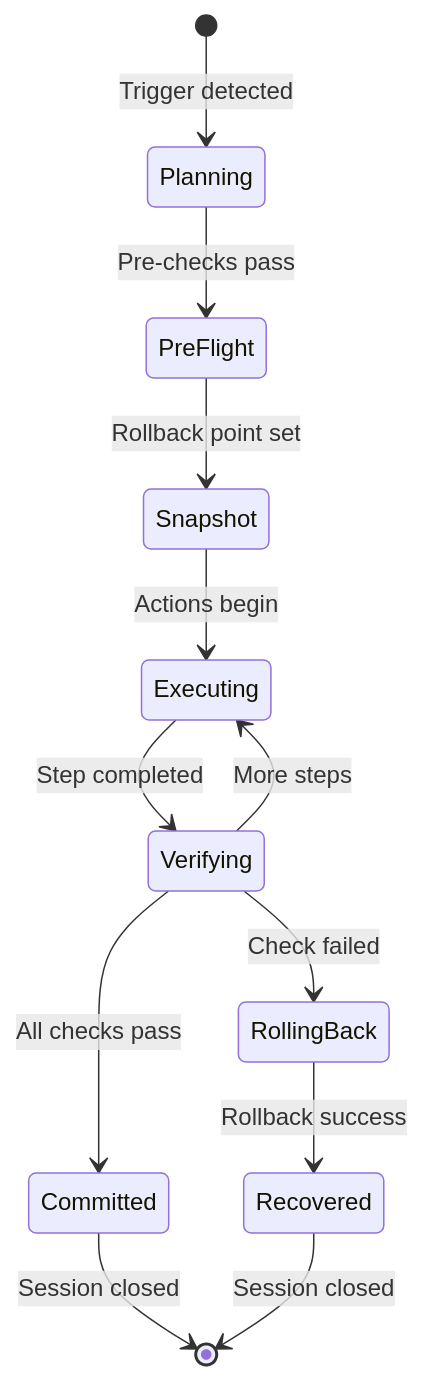
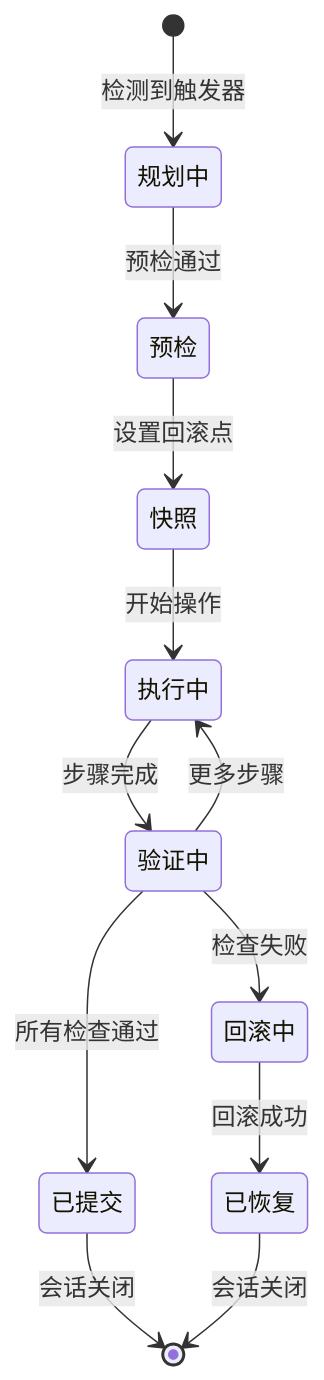
The second of 2 diagrams in i18n/zh/docusaurus-plugin-content-docs/current/15-context-management.md (stars-labs/self-healing-nixos-infra), drawn with Mermaid before and after one commit. The commit also changed other lines of this file, not shown here.

````diff
--- a/i18n/zh/docusaurus-plugin-content-docs/current/15-context-management.md
+++ b/i18n/zh/docusaurus-plugin-content-docs/current/15-context-management.md
@@ -287,14 +287,14 @@
 ```mermaid
 stateDiagram-v2
-    [*] --> Planning: Trigger detected
-    Planning --> PreFlight: Pre-checks pass
-    PreFlight --> Snapshot: Rollback point set
-    Snapshot --> Executing: Actions begin
-    Executing --> Verifying: Step completed
-    Verifying --> Executing: More steps
-    Verifying --> Committed: All checks pass
-    Verifying --> RollingBack: Check failed
-    RollingBack --> Recovered: Rollback success
-    Committed --> [*]: Session closed
-    Recovered --> [*]: Session closed
+    [*] --> 规划中: 检测到触发器
+    规划中 --> 预检: 预检通过
+    预检 --> 快照: 设置回滚点
+    快照 --> 执行中: 开始操作
+    执行中 --> 验证中: 步骤完成
+    验证中 --> 执行中: 更多步骤
+    验证中 --> 已提交: 所有检查通过
+    验证中 --> 回滚中: 检查失败
+    回滚中 --> 已恢复: 回滚成功
+    已提交 --> [*]: 会话关闭
+    已恢复 --> [*]: 会话关闭
 ```
````
